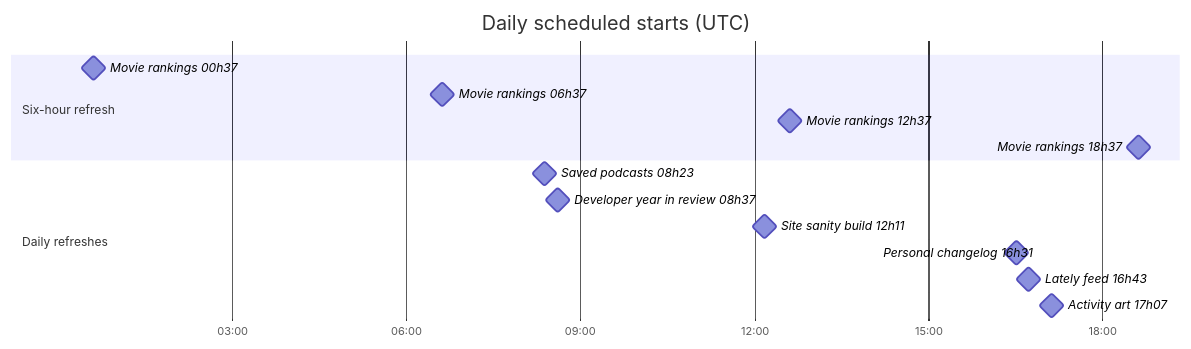
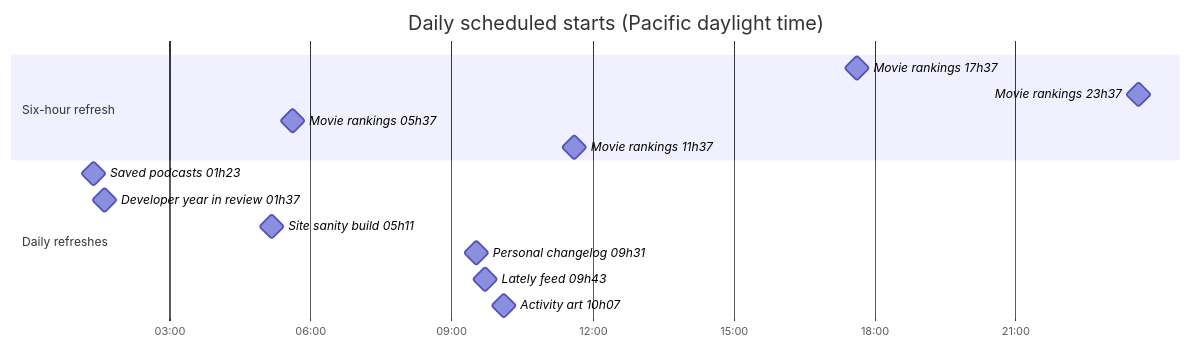
Before and after one commit to cavandonohoe/cavandonohoe.github.io: the first of 3 diagrams in ACTIONS_SCHEDULE.md, drawn with Mermaid. The commit also changed other lines of this file and 3 other files, not shown here.

First line of the commit message:
Show schedule charts as images in Pacific time (#220)

````diff
--- a/ACTIONS_SCHEDULE.md
+++ b/ACTIONS_SCHEDULE.md
@@ -26,19 +32,19 @@
 ```mermaid
 gantt
-    title Daily scheduled starts (UTC)
+    title Daily scheduled starts (Pacific daylight time)
     dateFormat YYYY-MM-DD HH:mm
     axisFormat %H:%M
     todayMarker off
     section Six-hour refresh
-    Movie rankings 00h37 :milestone, rank0, 2026-10-05 00:37, 0m
-    Movie rankings 06h37 :milestone, rank1, 2026-10-05 06:37, 0m
-    Movie rankings 12h37 :milestone, rank2, 2026-10-05 12:37, 0m
-    Movie rankings 18h37 :milestone, rank3, 2026-10-05 18:37, 0m
+    Movie rankings 17h37 :milestone, rank0, 2026-10-05 17:37, 0m
+    Movie rankings 23h37 :milestone, rank1, 2026-10-05 23:37, 0m
+    Movie rankings 05h37 :milestone, rank2, 2026-10-05 05:37, 0m
+    Movie rankings 11h37 :milestone, rank3, 2026-10-05 11:37, 0m
     section Daily refreshes
-    Saved podcasts 08h23 :milestone, daily0, 2026-10-05 08:23, 0m
-    Developer year in review 08h37 :milestone, daily1, 2026-10-05 08:37, 0m
-    Site sanity build 12h11 :milestone, daily2, 2026-10-05 12:11, 0m
-    Personal changelog 16h31 :milestone, daily3, 2026-10-05 16:31, 0m
-    Lately feed 16h43 :milestone, daily4, 2026-10-05 16:43, 0m
-    Activity art 17h07 :milestone, daily5, 2026-10-05 17:07, 0m
+    Saved podcasts 01h23 :milestone, daily0, 2026-10-05 01:23, 0m
+    Developer year in review 01h37 :milestone, daily1, 2026-10-05 01:37, 0m
+    Site sanity build 05h11 :milestone, daily2, 2026-10-05 05:11, 0m
+    Personal changelog 09h31 :milestone, daily3, 2026-10-05 09:31, 0m
+    Lately feed 09h43 :milestone, daily4, 2026-10-05 09:43, 0m
+    Activity art 10h07 :milestone, daily5, 2026-10-05 10:07, 0m
 ```
````
